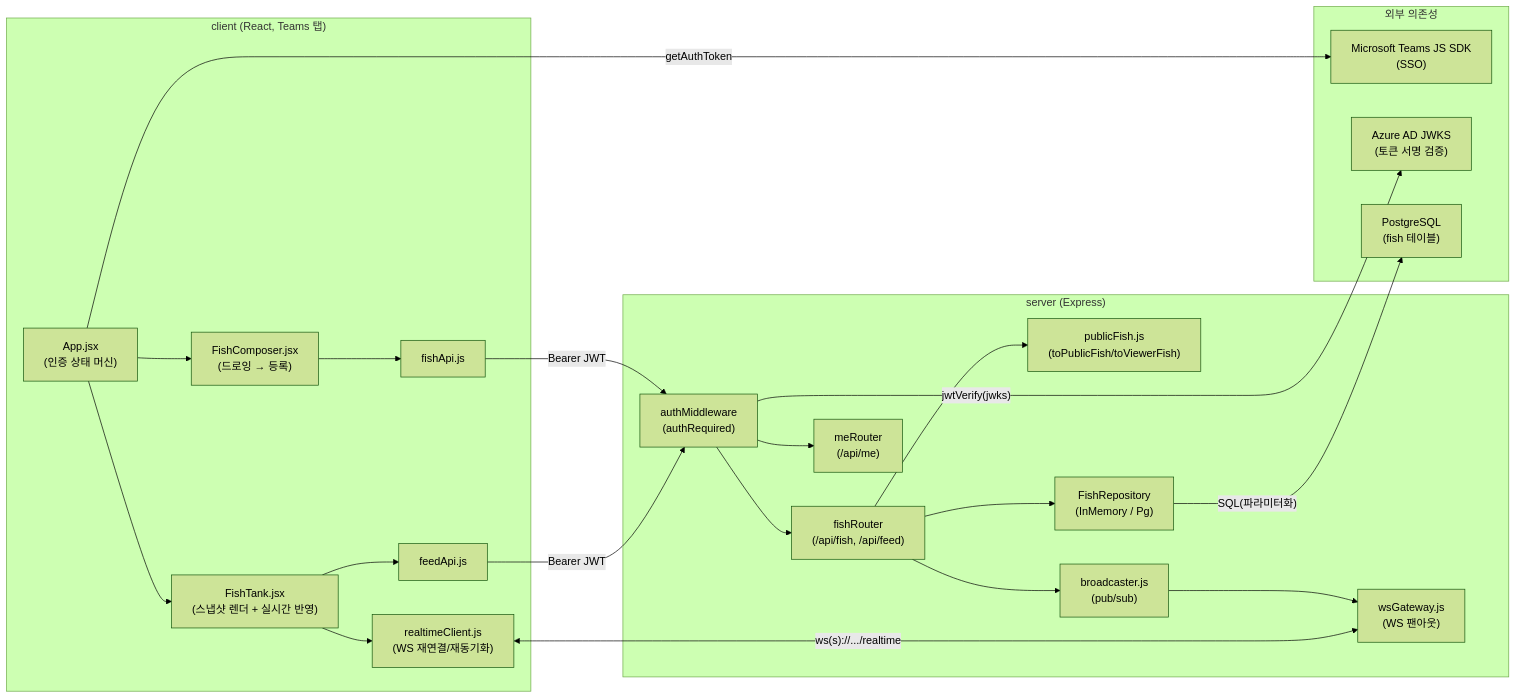
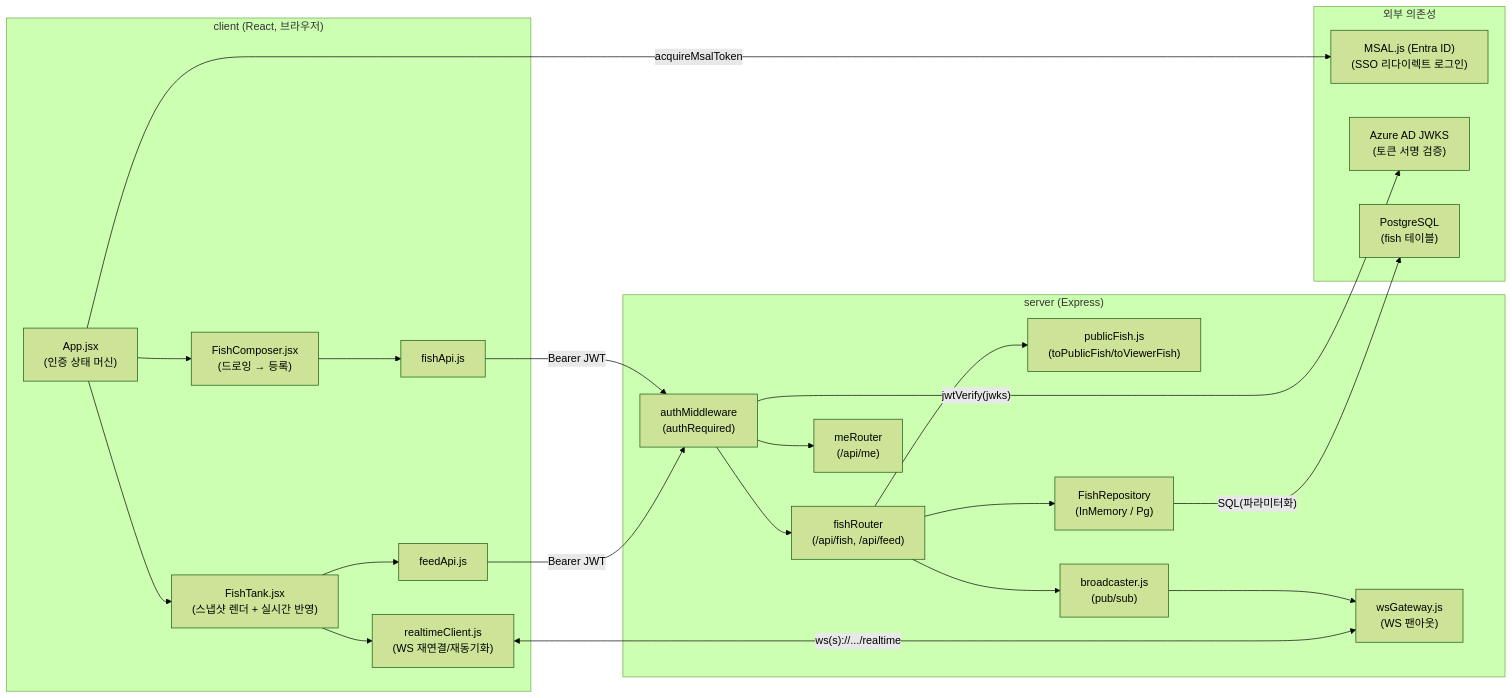
One commit to qkrdpwls1223/fish-tank changed the first of 3 diagrams in docs/architecture.md. Above: the diagram before and after it, drawn with Mermaid (forest theme). The commit also changed other lines of this file and 12 other files, not shown here.

First line of the commit message:
feat: Teams 탭 앱 중단 — 일반 브라우저 Microsoft SSO(MSAL) 로그인 전환

````diff
--- a/docs/architecture.md
+++ b/docs/architecture.md
@@ -15,32 +15,32 @@
 ```mermaid
 flowchart LR
-  subgraph Client["client (React, Teams 탭)"]
+  subgraph Client["client (React, 브라우저)"]
     A["App.jsx\n(인증 상태 머신)"] --> B["FishComposer.jsx\n(드로잉 → 등록)"]
     A --> C["FishTank.jsx\n(스냅샷 렌더 + 실시간 반영)"]
     C --> D["realtimeClient.js\n(WS 재연결/재동기화)"]
     B --> E["fishApi.js"]
     C --> F["feedApi.js"]
   end
 
   subgraph Server["server (Express)"]
     G["authMiddleware\n(authRequired)"] --> H["fishRouter\n(/api/fish, /api/feed)"]
     G --> I["meRouter\n(/api/me)"]
     H --> J["publicFish.js\n(toPublicFish/toViewerFish)"]
     H --> K["FishRepository\n(InMemory / Pg)"]
     H --> L["broadcaster.js\n(pub/sub)"]
     L --> M["wsGateway.js\n(WS 팬아웃)"]
   end
 
   subgraph Infra["외부 의존성"]
-    N["Microsoft Teams JS SDK\n(SSO)"]
+    N["MSAL.js (Entra ID)\n(SSO 리다이렉트 로그인)"]
     O["Azure AD JWKS\n(토큰 서명 검증)"]
     P["PostgreSQL\n(fish 테이블)"]
   end
 
-  A -- "getAuthToken" --> N
+  A -- "acquireMsalToken" --> N
   E -- "Bearer JWT" --> G
   F -- "Bearer JWT" --> G
   D <-- "ws(s)://.../realtime" --> M
   G -- "jwtVerify(jwks)" --> O
   K -- "SQL(파라미터화)" --> P
 ```
````
